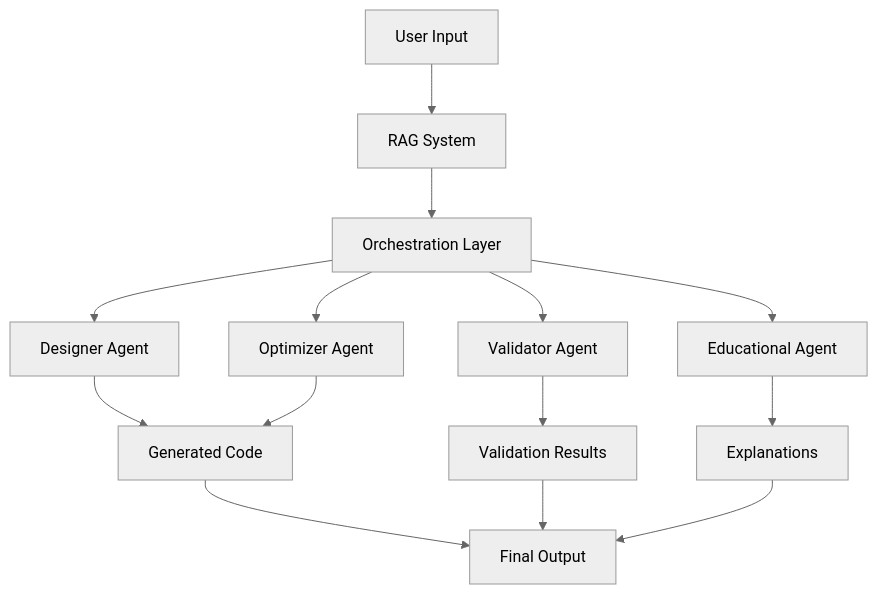
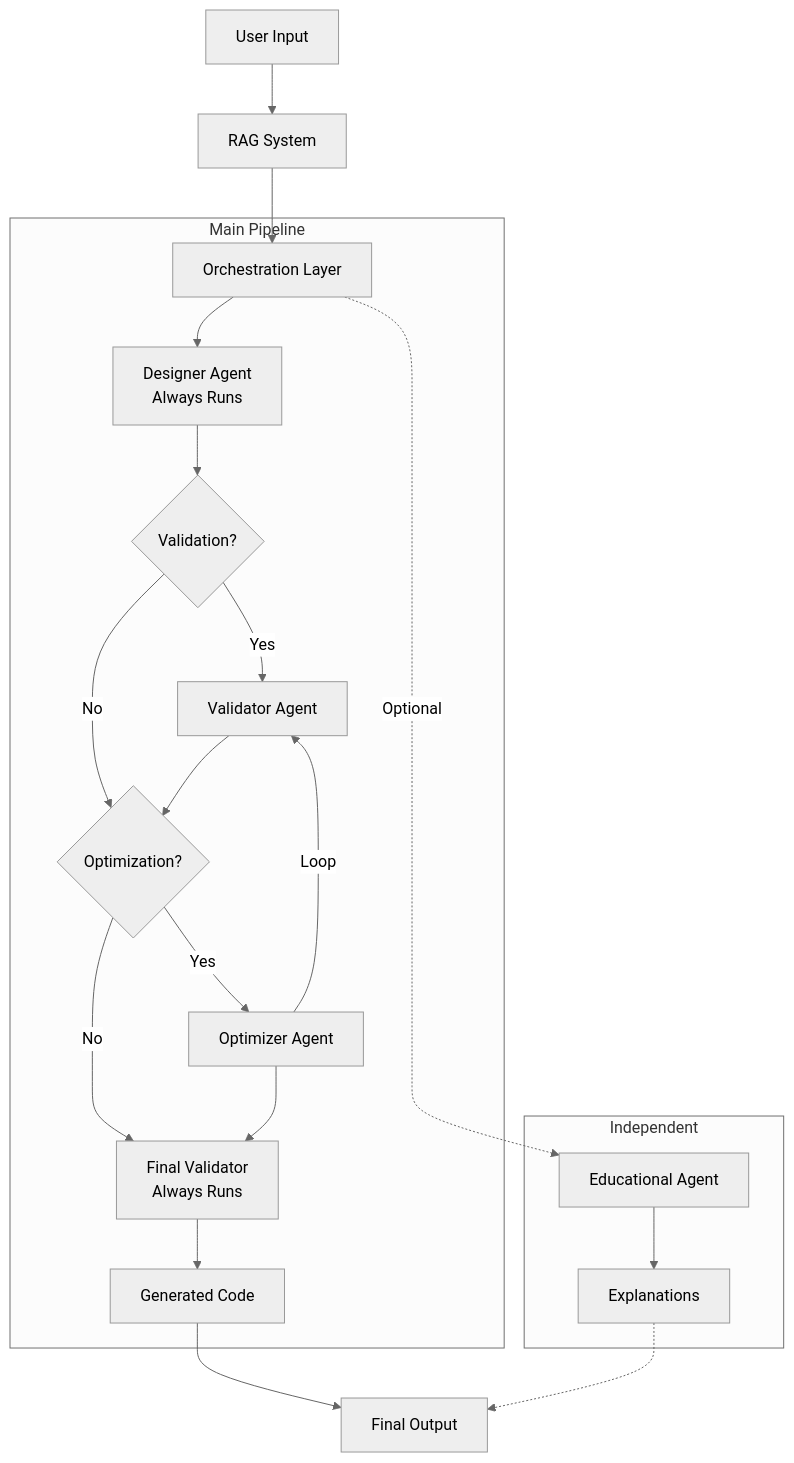
The diagram in docs/overview.md (Umer-Farooq-CS/Cirq-RAG-Code-Assistant), drawn with Mermaid (neutral theme) before and after one commit. The commit also changed other lines of this file and 8 other files, not shown here.

First line of the commit message:
docs: Update Agent Architecture to Sequential Pipeline

````diff
--- a/docs/overview.md
+++ b/docs/overview.md
@@ -26,16 +26,26 @@
 ```mermaid
 graph TD
     A[User Input] --> B[RAG System]
     B --> C[Orchestration Layer]
-    C --> D[Designer Agent]
-    C --> E[Optimizer Agent]
-    C --> F[Validator Agent]
-    C --> G[Educational Agent]
-    D --> H[Generated Code]
-    E --> H
-    F --> I[Validation Results]
-    G --> J[Explanations]
-    H --> K[Final Output]
-    I --> K
-    J --> K
+    
+    subgraph "Main Pipeline"
+        C --> D[Designer Agent<br/>Always Runs]
+        D --> E{Validation?}
+        E -->|Yes| F[Validator Agent]
+        E -->|No| G{Optimization?}
+        F --> G
+        G -->|Yes| H[Optimizer Agent]
+        G -->|No| I[Final Validator<br/>Always Runs]
+        H -->|Loop| F
+        H --> I
+        I --> J[Generated Code]
+    end
+    
+    subgraph "Independent"
+        C -.->|Optional| K[Educational Agent]
+        K --> L[Explanations]
+    end
+    
+    J --> M[Final Output]
+    L -.-> M
 ```
````
